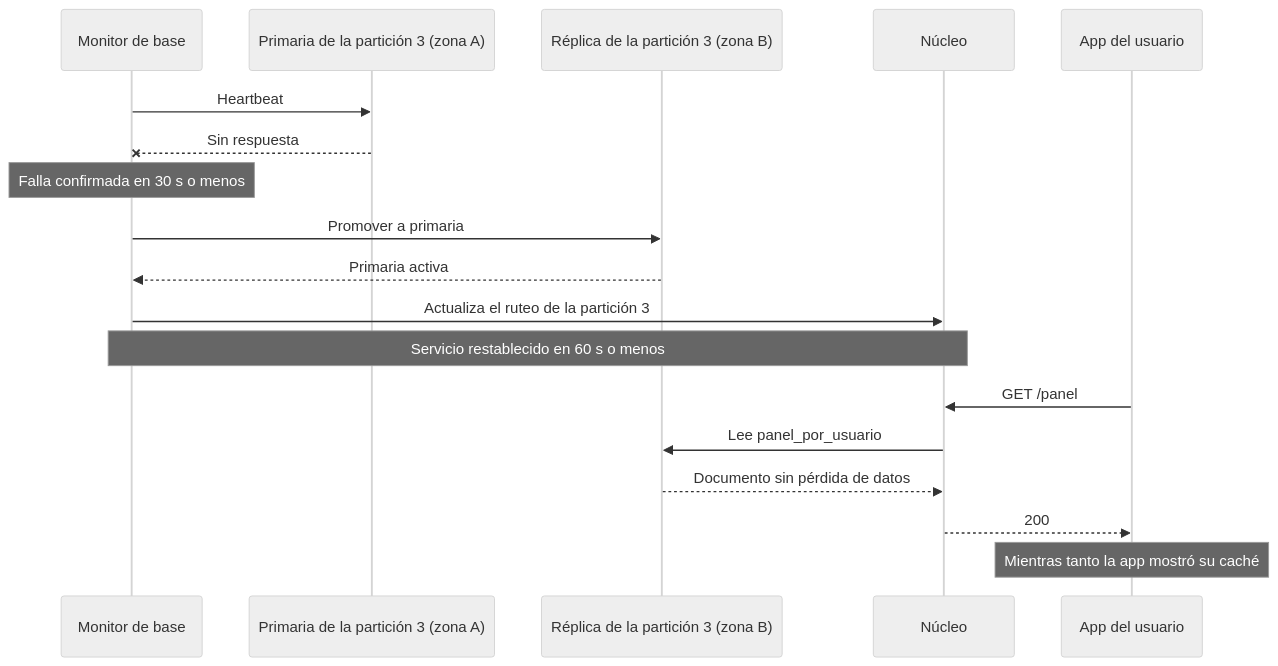
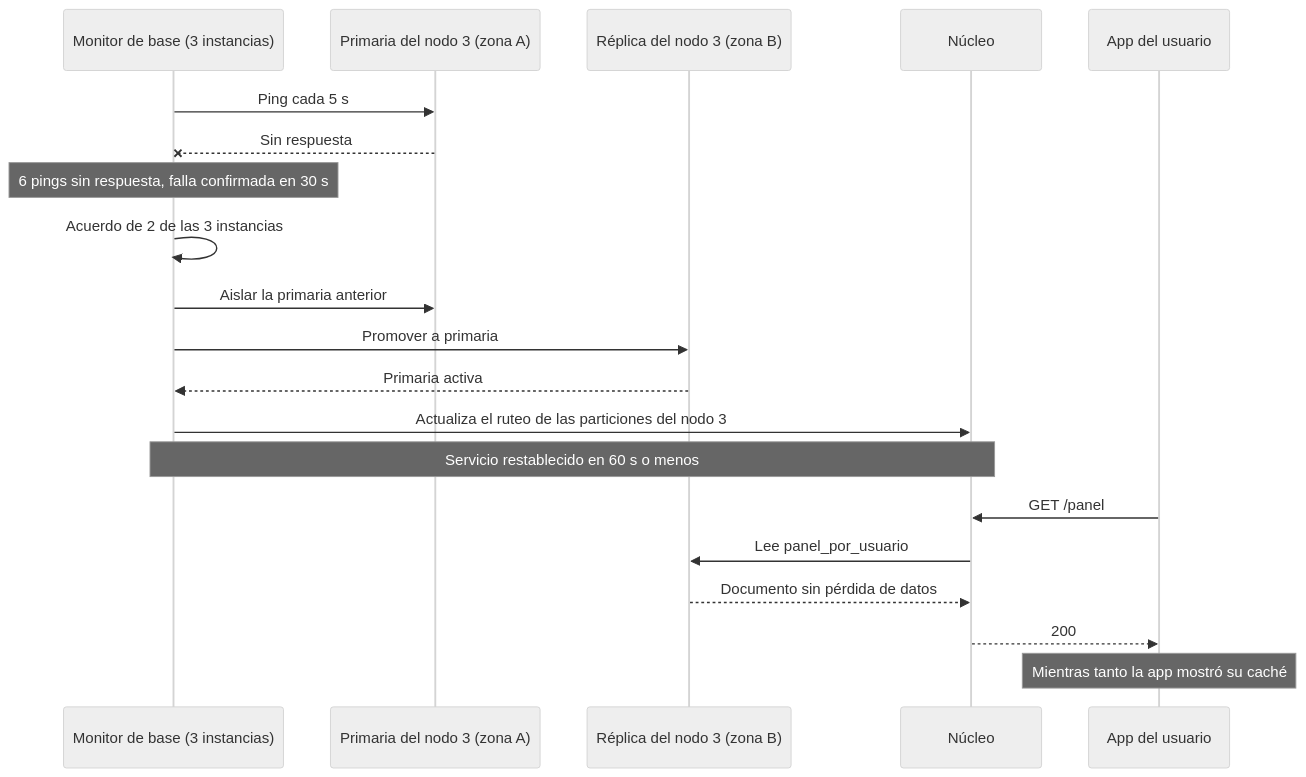
The second of 3 diagrams in trotamundos/docs/02-views/sequence-views.md (TadeoBrun1/TPE_software), drawn with Mermaid (neutral theme) before and after one commit. The commit also changed other lines of this file and 33 other files, not shown here.

````diff
--- a/trotamundos/docs/02-views/sequence-views.md
+++ b/trotamundos/docs/02-views/sequence-views.md
@@ -59,20 +60,22 @@
 ```mermaid
 sequenceDiagram
-    participant MB as Monitor de base
-    participant P as Primaria de la partición 3 (zona A)
-    participant R as Réplica de la partición 3 (zona B)
+    participant MB as Monitor de base (3 instancias)
+    participant P as Primaria del nodo 3 (zona A)
+    participant R as Réplica del nodo 3 (zona B)
     participant N as Núcleo
     participant App as App del usuario
-    MB->>P: Heartbeat
+    MB->>P: Ping cada 5 s
     P--xMB: Sin respuesta
-    Note over MB: Falla confirmada en 30 s o menos
+    Note over MB: 6 pings sin respuesta, falla confirmada en 30 s
+    MB->>MB: Acuerdo de 2 de las 3 instancias
+    MB->>P: Aislar la primaria anterior
     MB->>R: Promover a primaria
     R-->>MB: Primaria activa
-    MB->>N: Actualiza el ruteo de la partición 3
+    MB->>N: Actualiza el ruteo de las particiones del nodo 3
     Note over MB,N: Servicio restablecido en 60 s o menos
     App->>N: GET /panel
     N->>R: Lee panel_por_usuario
     R-->>N: Documento sin pérdida de datos
     N-->>App: 200
     Note over App: Mientras tanto la app mostró su caché
 ```
````
